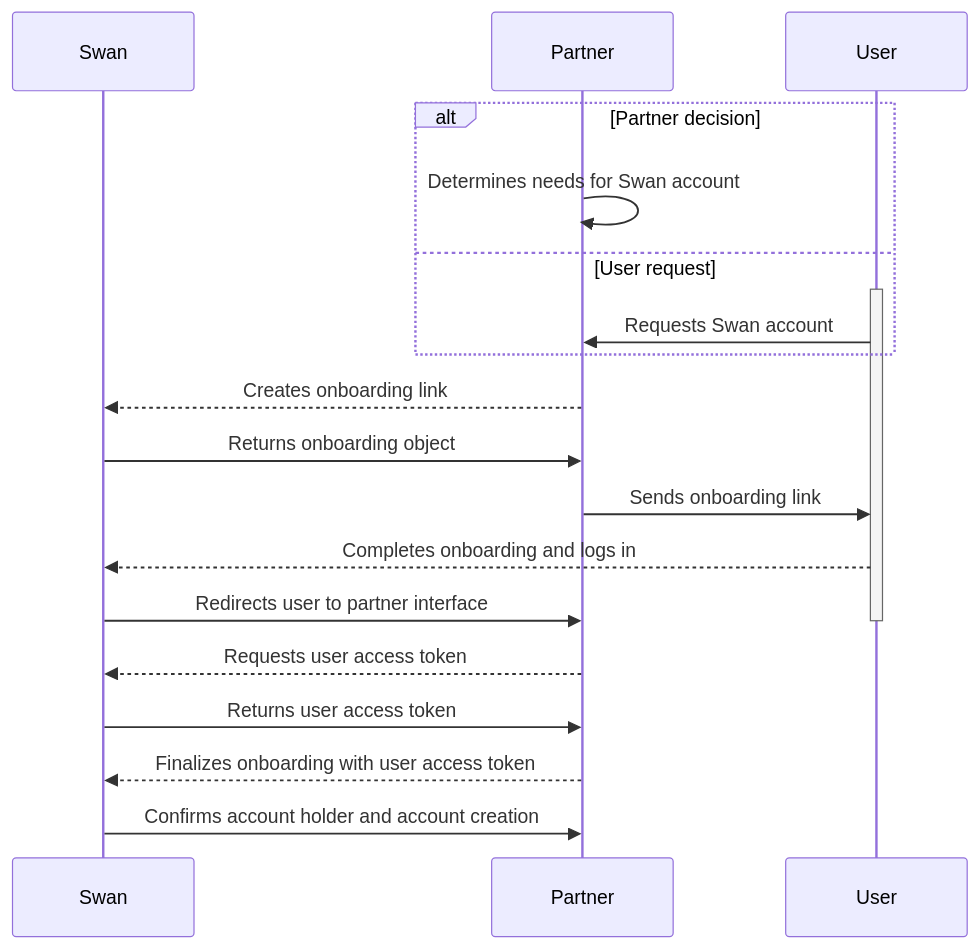
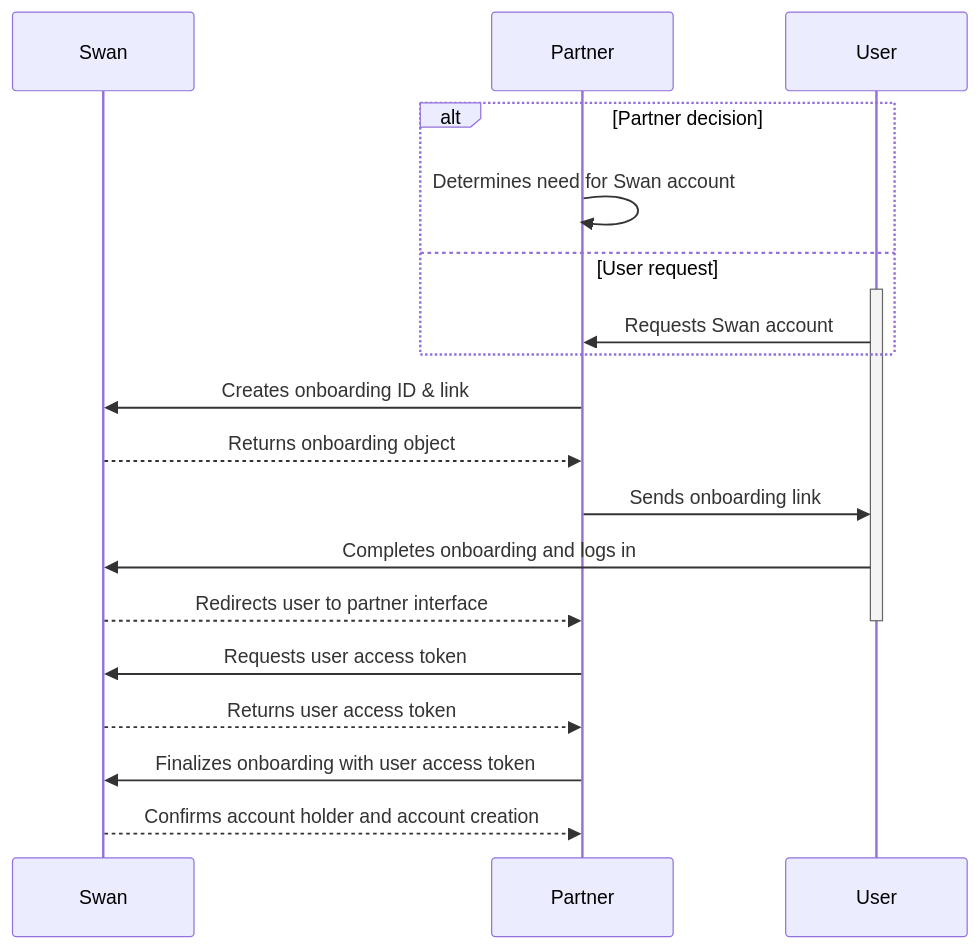
Before and after one commit to swan-io/docs: the second of 2 diagrams in docs/topics/onboarding/about.mdx, drawn with Mermaid. The commit also changed other lines of this file and 6 other files, not shown here.

````diff
--- a/docs/topics/onboarding/about.mdx
+++ b/docs/topics/onboarding/about.mdx
@@ -59,22 +73,22 @@
 ```mermaid
 sequenceDiagram
 participant S as Swan
 participant P as Partner
 participant U as User
     alt Partner decision
-        P ->> P: Determines needs for Swan account
+        P ->> P: Determines need for Swan account
     else User request
     activate U
         U ->> P: Requests Swan account
     end
-    P -->> S: Creates onboarding link
-    S ->> P: Returns onboarding object
+    P ->> S: Creates onboarding ID & link
+    S -->> P: Returns onboarding object
     P ->> U: Sends onboarding link
-    U -->> S: Completes onboarding and logs in
-    S ->> P: Redirects user to partner interface
+    U ->> S: Completes onboarding and logs in
+    S -->> P: Redirects user to partner interface
     deactivate U
-    P -->> S: Requests user access token
-    S ->> P: Returns user access token
-    P -->> S: Finalizes onboarding with user access token
-    S ->> P: Confirms account holder and account creation
+    P ->> S: Requests user access token
+    S -->> P: Returns user access token
+    P ->> S: Finalizes onboarding with user access token
+    S -->> P: Confirms account holder and account creation
 ```
````
